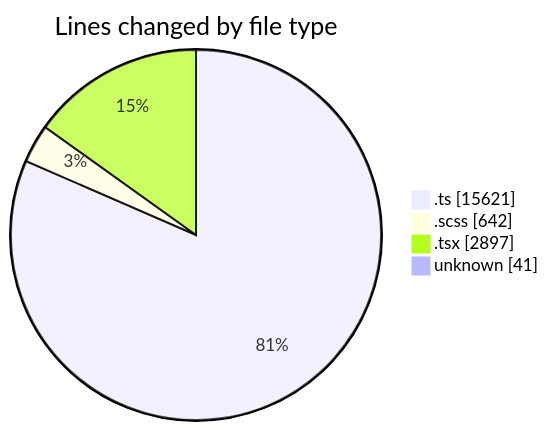
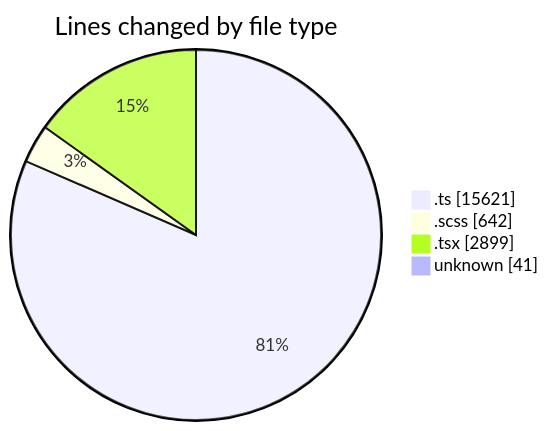
One commit to momahboobian/code-tracking changed the first of 2 diagrams in 2025-08-27/cda/README.md. Above: the diagram before and after it, drawn with Mermaid. The commit also changed other lines of this file and 1 other file, not shown here.

````diff
--- a/2025-08-27/cda/README.md
+++ b/2025-08-27/cda/README.md
@@ -38,8 +38,8 @@
 ```mermaid
 pie showData
 title Lines changed by file type
 ".ts" : 15621
 ".scss" : 642
-".tsx" : 2897
+".tsx" : 2899
 "unknown" : 41
 ```
````
